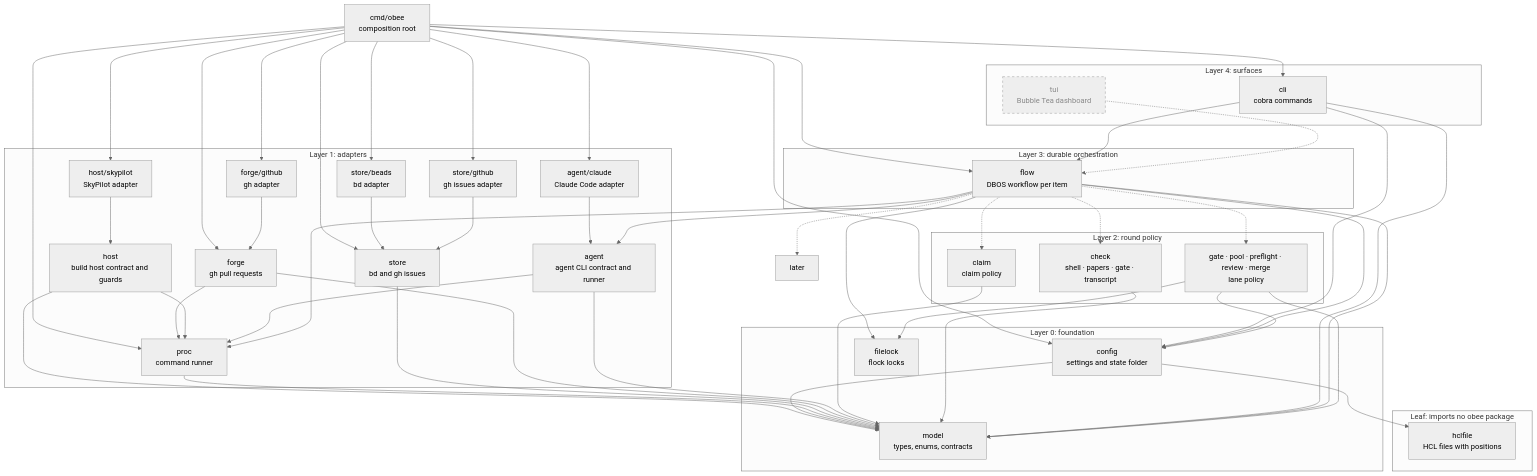
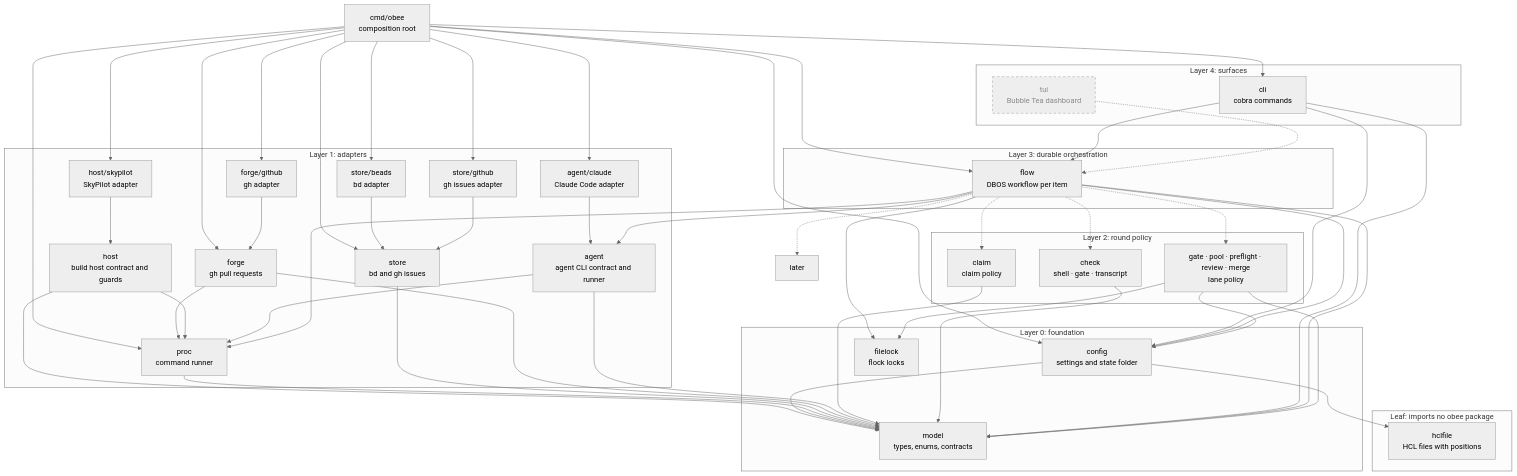
One commit to tobocop2/beehave changed the first of 3 diagrams in docs/architecture.md. Above: the diagram before and after it, drawn with Mermaid (neutral theme). The commit also changed other lines of this file and 25 other files, not shown here.

```diff
--- a/docs/architecture.md
+++ b/docs/architecture.md
@@ -23,7 +23,7 @@
 
     subgraph L2["Layer 2: round policy"]
         claim["claim<br/>claim policy"]
-        check["check<br/>shell · papers · gate · transcript"]
+        check["check<br/>shell · gate · transcript"]
         policy["gate · pool · preflight · review · merge<br/>lane policy"]
     end
 
```
